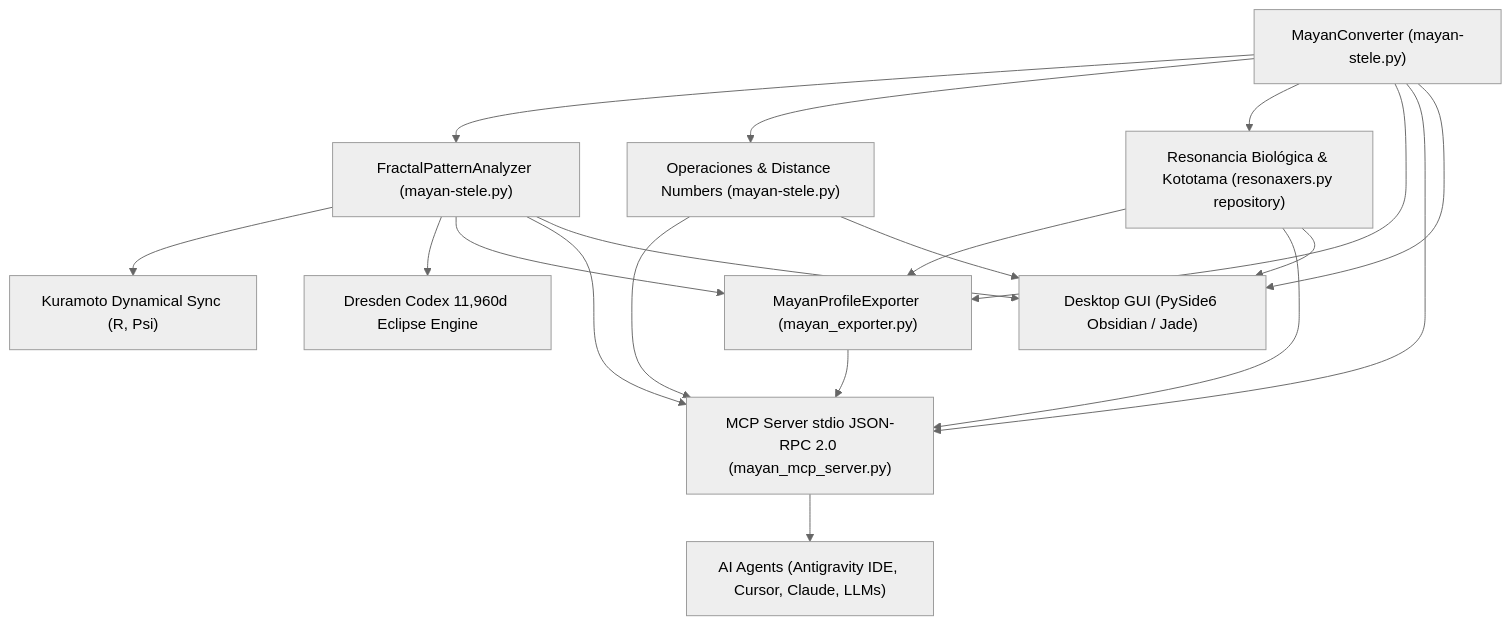
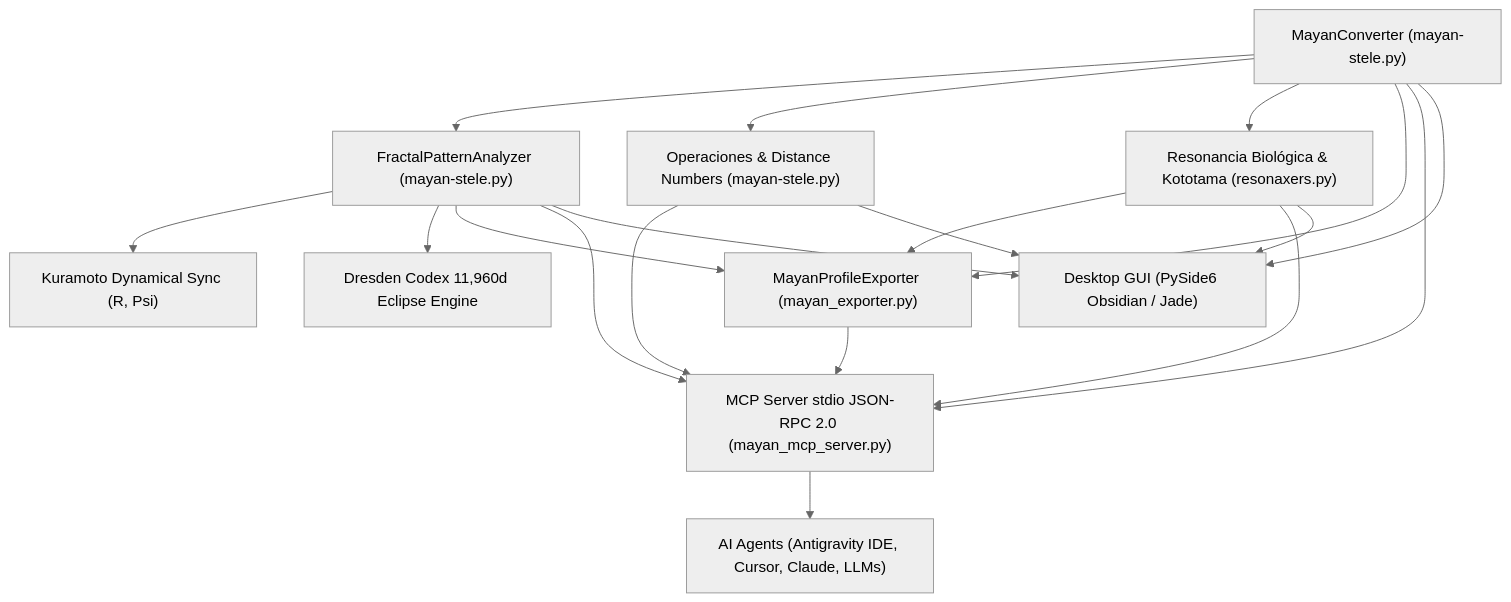
The first of 2 diagrams in README.md (plantacerium/MayanCalendar), drawn with Mermaid (neutral theme) before and after one commit. The commit also changed other lines of this file and 4 other files, not shown here.

````diff
--- a/README.md
+++ b/README.md
@@ -72,21 +73,21 @@
 ```mermaid
 graph TD
     A["MayanConverter (mayan-stele.py)"] --> B["FractalPatternAnalyzer (mayan-stele.py)"]
     A --> D["Operaciones & Distance Numbers (mayan-stele.py)"]
-    A --> E["Resonancia Biológica & Kototama (resonaxers.py repository)"]
+    A --> E["Resonancia Biológica & Kototama (resonaxers.py)"]
     B --> F["Kuramoto Dynamical Sync (R, Psi)"]
     B --> G["Dresden Codex 11,960d Eclipse Engine"]
     A --> H["MayanProfileExporter (mayan_exporter.py)"]
     B --> H
     E --> H
     A --> C["MCP Server stdio JSON-RPC 2.0 (mayan_mcp_server.py)"]
     B --> C
     D --> C
     E --> C
     H --> C
     C --> I["AI Agents (Antigravity IDE, Cursor, Claude, LLMs)"]
     A --> J["Desktop GUI (PySide6 Obsidian / Jade)"]
     B --> J
     D --> J
     E --> J
 ```
````
